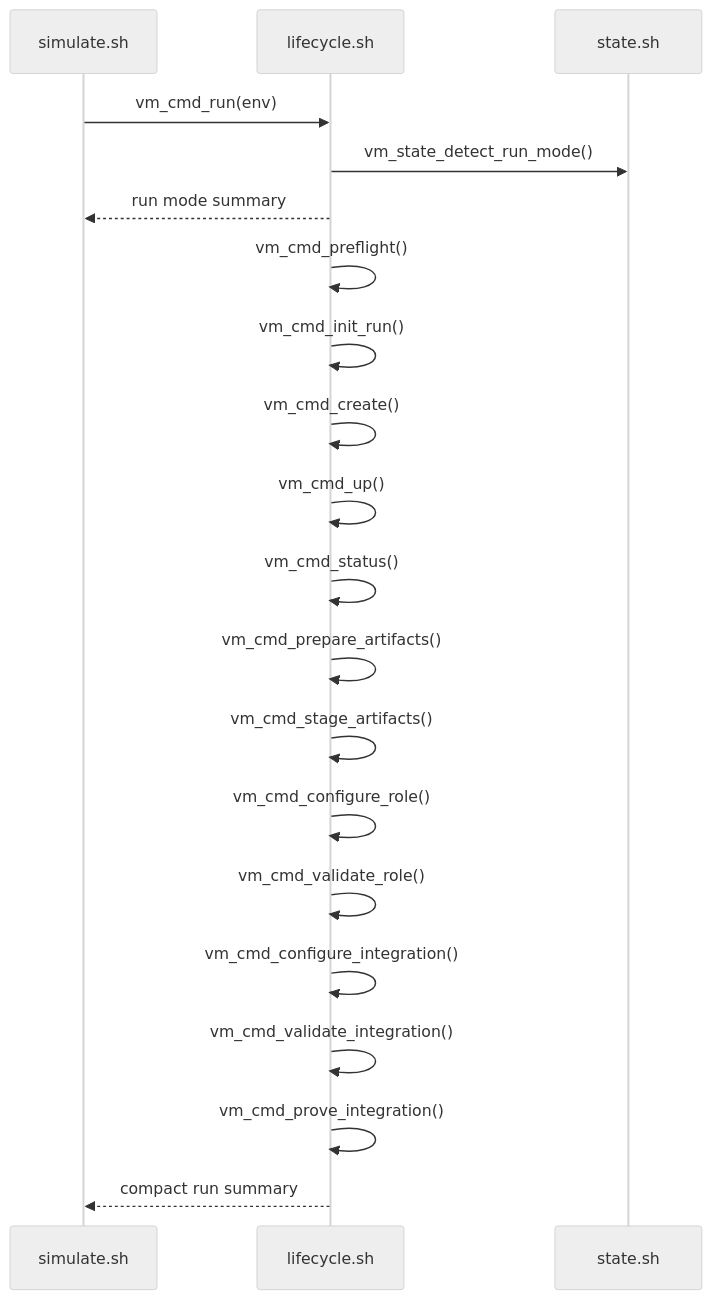
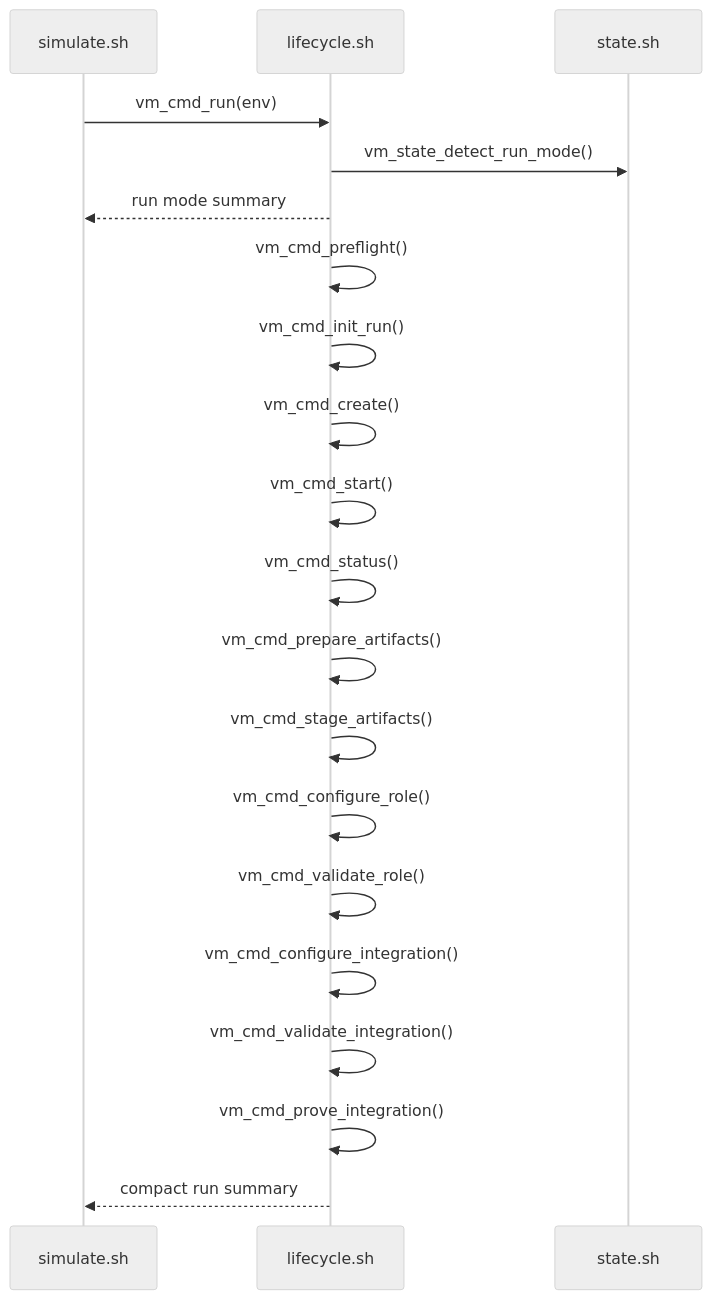
Diagram 20 of 20 in simulation/vm/docs/sequences.md (NoNine/loopforge), drawn with Mermaid (neutral theme) before and after one commit. The commit also changed other lines of this file and 26 other files, not shown here.

````diff
--- a/simulation/vm/docs/sequences.md
+++ b/simulation/vm/docs/sequences.md
@@ -412,23 +412,23 @@
 ```mermaid
 sequenceDiagram
   participant CLI as simulate.sh
   participant LC as lifecycle.sh
   participant ST as state.sh
 
   CLI->>LC: vm_cmd_run(env)
   LC->>ST: vm_state_detect_run_mode()
   LC-->>CLI: run mode summary
   LC->>LC: vm_cmd_preflight()
   LC->>LC: vm_cmd_init_run()
   LC->>LC: vm_cmd_create()
-  LC->>LC: vm_cmd_up()
+  LC->>LC: vm_cmd_start()
   LC->>LC: vm_cmd_status()
   LC->>LC: vm_cmd_prepare_artifacts()
   LC->>LC: vm_cmd_stage_artifacts()
   LC->>LC: vm_cmd_configure_role()
   LC->>LC: vm_cmd_validate_role()
   LC->>LC: vm_cmd_configure_integration()
   LC->>LC: vm_cmd_validate_integration()
   LC->>LC: vm_cmd_prove_integration()
   LC-->>CLI: compact run summary
 ```
````
